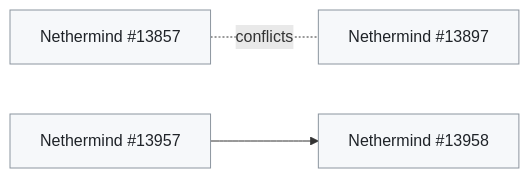
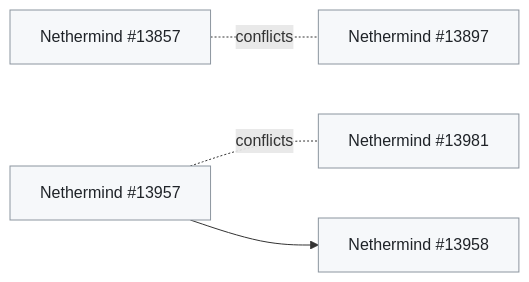
The second of 3 diagrams in docs/client-fixes.md (banteg/trace-interop), drawn with Mermaid before and after one commit. The commit also changed other lines of this file and 15 other files, not shown here.

````diff
--- a/docs/client-fixes.md
+++ b/docs/client-fixes.md
@@ -75,10 +80,12 @@
 ```mermaid
 flowchart LR
   Nethermind_13857["Nethermind #13857"]:::open
   Nethermind_13897["Nethermind #13897"]:::open
+  Nethermind_13957["Nethermind #13957"]:::open
+  Nethermind_13981["Nethermind #13981"]:::open
   Nethermind_13958["Nethermind #13958"]:::open
-  Nethermind_13957["Nethermind #13957"]:::open
   Nethermind_13857 -. conflicts .- Nethermind_13897
+  Nethermind_13957 -. conflicts .- Nethermind_13981
   Nethermind_13957 --> Nethermind_13958
   classDef open fill:#f6f8fa,stroke:#8c959f,color:#1f2328
 ```
````
